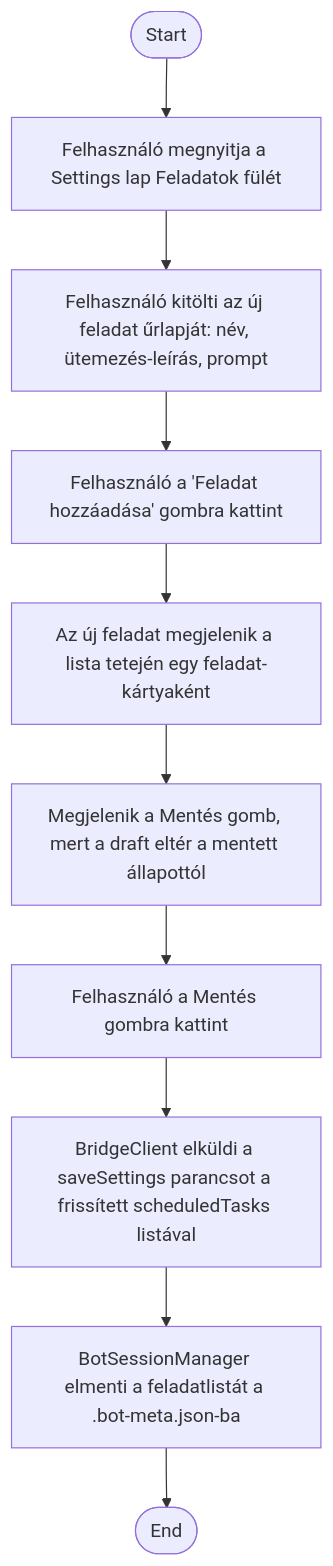
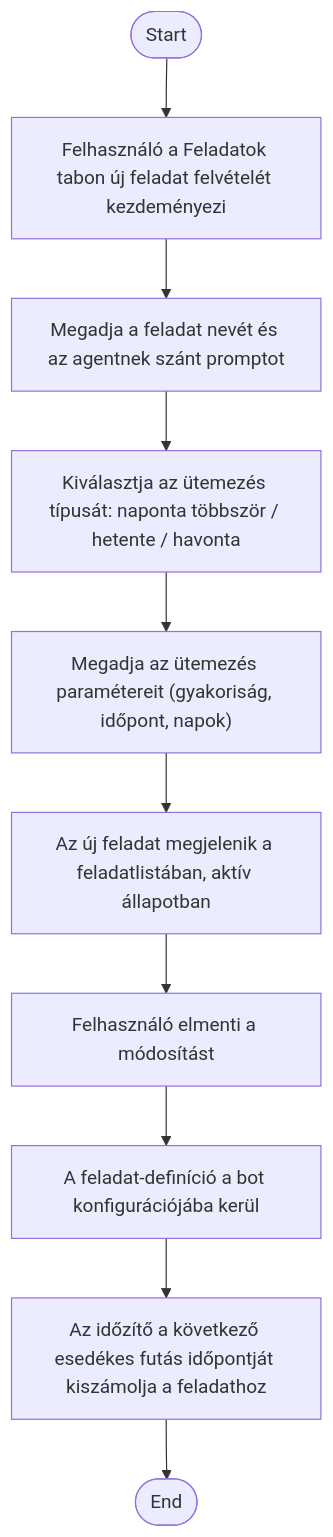
The diagram in docs/use-cases/uc-010-utemezett-feladat-definialasa.md (simont-infomix/Claudebot), drawn with Mermaid before and after one commit. The commit also changed other lines of this file and 9 other files, not shown here.

````diff
--- a/docs/use-cases/uc-010-utemezett-feladat-definialasa.md
+++ b/docs/use-cases/uc-010-utemezett-feladat-definialasa.md
@@ -27,12 +25,12 @@
 ```mermaid
 flowchart TD
-    A(["Start"]) --> B["Felhasználó megnyitja a Settings lap Feladatok fülét"]
-    B --> C["Felhasználó kitölti az új feladat űrlapját: név, ütemezés-leírás, prompt"]
-    C --> D["Felhasználó a 'Feladat hozzáadása' gombra kattint"]
-    D --> E["Az új feladat megjelenik a lista tetején egy feladat-kártyaként"]
-    E --> F["Megjelenik a Mentés gomb, mert a draft eltér a mentett állapottól"]
-    F --> G["Felhasználó a Mentés gombra kattint"]
-    G --> H["BridgeClient elküldi a saveSettings parancsot a frissített scheduledTasks listával"]
-    H --> I["BotSessionManager elmenti a feladatlistát a .bot-meta.json-ba"]
+    A(["Start"]) --> B["Felhasználó a Feladatok tabon új feladat felvételét kezdeményezi"]
+    B --> C["Megadja a feladat nevét és az agentnek szánt promptot"]
+    C --> D["Kiválasztja az ütemezés típusát: naponta többször / hetente / havonta"]
+    D --> E["Megadja az ütemezés paramétereit (gyakoriság, időpont, napok)"]
+    E --> F["Az új feladat megjelenik a feladatlistában, aktív állapotban"]
+    F --> G["Felhasználó elmenti a módosítást"]
+    G --> H["A feladat-definíció a bot konfigurációjába kerül"]
+    H --> I["Az időzítő a következő esedékes futás időpontját kiszámolja a feladathoz"]
     I --> J(["End"])
 ```
````
